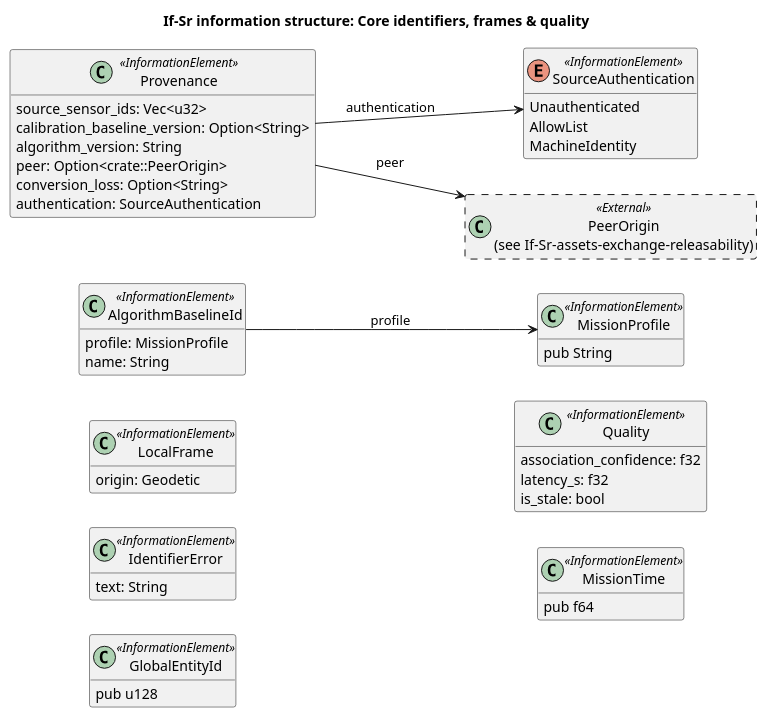
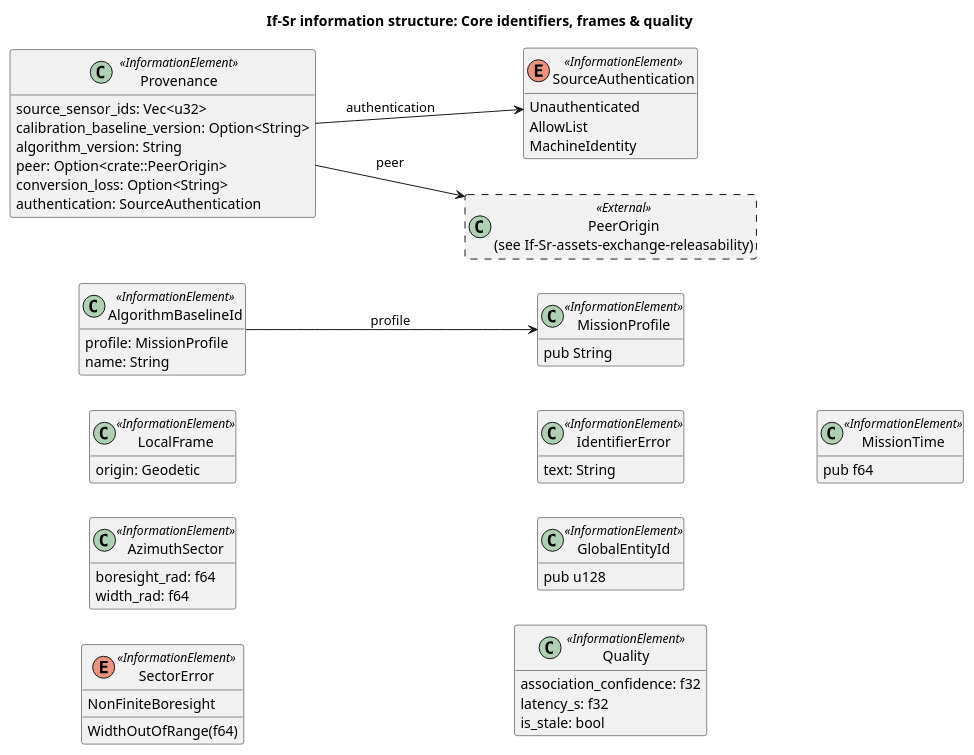
One commit to WayneRoessling/gungnir changed the diagram in docs/architecture/uaf/information/If-Sr-core-identifiers-frames-quality.puml. Above: the diagram before and after it, drawn with PlantUML. The commit also changed 65 other files, not shown here.

```diff
--- a/docs/architecture/uaf/information/If-Sr-core-identifiers-frames-quality.puml
+++ b/docs/architecture/uaf/information/If-Sr-core-identifiers-frames-quality.puml
@@ -1,48 +1,56 @@
 @startuml If-Sr-core-identifiers-frames-quality
 title If-Sr information structure: Core identifiers, frames & quality
 left to right direction
 hide empty members
 skinparam classAttributeIconSize 0
 class "LocalFrame" as LocalFrame <<InformationElement>> {
   origin: Geodetic
+}
+class "AzimuthSector" as AzimuthSector <<InformationElement>> {
+  boresight_rad: f64
+  width_rad: f64
+}
+enum "SectorError" as SectorError <<InformationElement>> {
+  NonFiniteBoresight
+  WidthOutOfRange(f64)
 }
 class "IdentifierError" as IdentifierError <<InformationElement>> {
   text: String
 }
 class "GlobalEntityId" as GlobalEntityId <<InformationElement>> {
   pub u128
 }
 class "MissionProfile" as MissionProfile <<InformationElement>> {
   pub String
 }
 class "AlgorithmBaselineId" as AlgorithmBaselineId <<InformationElement>> {
   profile: MissionProfile
   name: String
 }
 class "Provenance" as Provenance <<InformationElement>> {
   source_sensor_ids: Vec<u32>
   calibration_baseline_version: Option<String>
   algorithm_version: String
   peer: Option<crate::PeerOrigin>
   conversion_loss: Option<String>
   authentication: SourceAuthentication
 }
 enum "SourceAuthentication" as SourceAuthentication <<InformationElement>> {
   Unauthenticated
   AllowList
   MachineIdentity
 }
 class "Quality" as Quality <<InformationElement>> {
   association_confidence: f32
   latency_s: f32
   is_stale: bool
 }
 class "MissionTime" as MissionTime <<InformationElement>> {
   pub f64
 }
 class "PeerOrigin\n(see If-Sr-assets-exchange-releasability)" as PeerOrigin <<External>> #line.dashed {
 }
 AlgorithmBaselineId --> MissionProfile : profile
 Provenance --> PeerOrigin : peer
 Provenance --> SourceAuthentication : authentication
 @enduml
```
